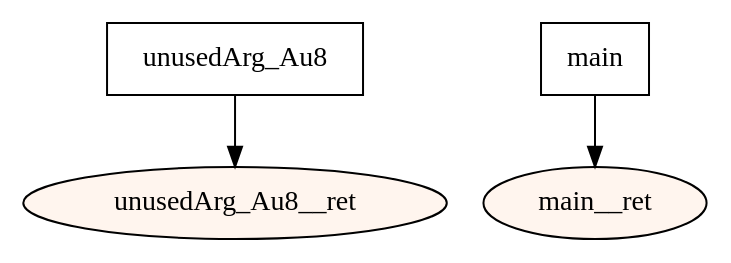
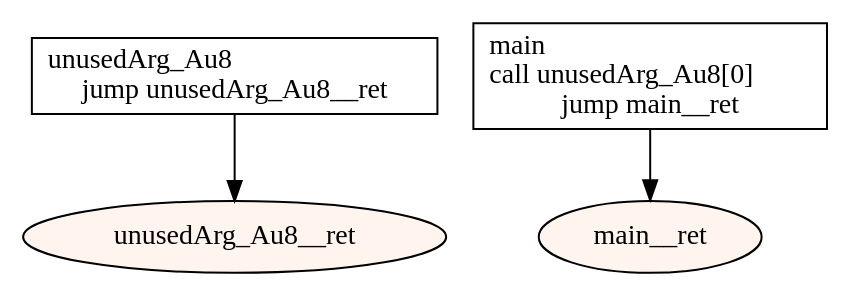
The diagram in src/main/resources-test/compiler/windows/unused.dot (tmssngr/tinyC), drawn with Graphviz before and after one commit. The commit also changed 23 other files, not shown here.

```diff
--- a/src/main/resources-test/compiler/windows/unused.dot
+++ b/src/main/resources-test/compiler/windows/unused.dot
@@ -1,13 +1,13 @@
 digraph program {
 	edge[fontsize="10pt"];
 	subgraph fn_unusedArg_Au8 {
-		BasicBlock_0_unusedArg_Au8 [label="unusedArg_Au8",shape=box];
+		BasicBlock_0_unusedArg_Au8 [label="unusedArg_Au8\ljump unusedArg_Au8__ret",shape=box];
 		BasicBlock_0_unusedArg_Au8 -> BasicBlock_0_unusedArg_Au8__ret;
 		BasicBlock_0_unusedArg_Au8__ret [label="unusedArg_Au8__ret",shape=oval,style=filled,fillcolor="#fff5ee"];
 	}
 	subgraph fn_main {
-		BasicBlock_1_main [label="main",shape=box];
+		BasicBlock_1_main [label="main\lcall unusedArg_Au8[0]\ljump main__ret",shape=box];
 		BasicBlock_1_main -> BasicBlock_1_main__ret;
 		BasicBlock_1_main__ret [label="main__ret",shape=oval,style=filled,fillcolor="#fff5ee"];
 	}
 }
```
